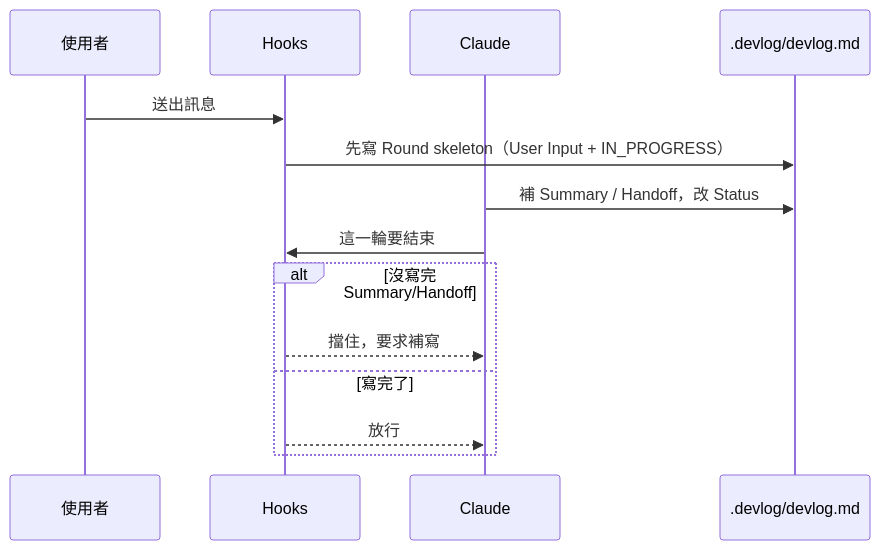
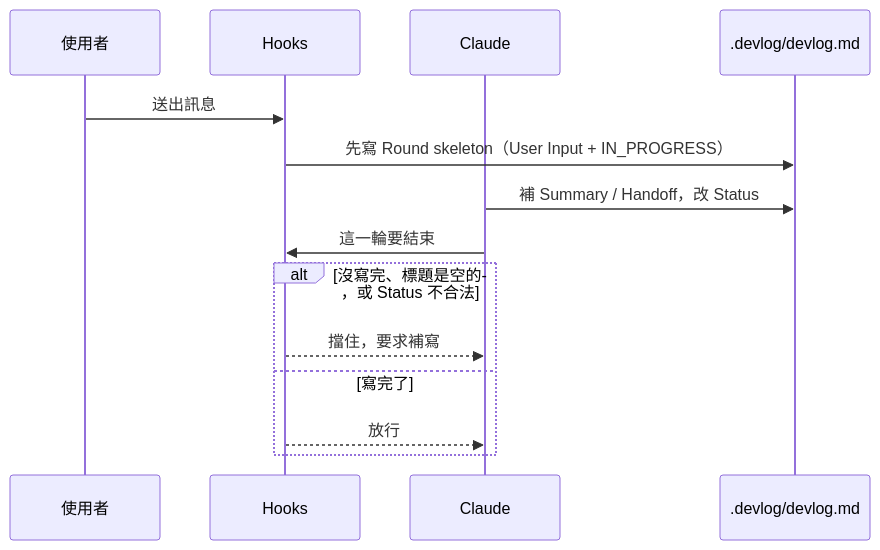
The diagram in README.md (gogogohuang/devlog-tracker), drawn with Mermaid before and after one commit. The commit also changed other lines of this file, not shown here.

````diff
--- a/README.md
+++ b/README.md
@@ -25,17 +25,17 @@
 ```mermaid
 sequenceDiagram
   participant U as 使用者
   participant H as Hooks
   participant C as Claude
   participant D as .devlog/devlog.md
 
   U->>H: 送出訊息
   H->>D: 先寫 Round skeleton（User Input + IN_PROGRESS）
   C->>D: 補 Summary / Handoff，改 Status
   C->>H: 這一輪要結束
-  alt 沒寫完 Summary/Handoff
+  alt 沒寫完、標題是空的，或 Status 不合法
     H-->>C: 擋住，要求補寫
   else 寫完了
     H-->>C: 放行
   end
 ```
````
